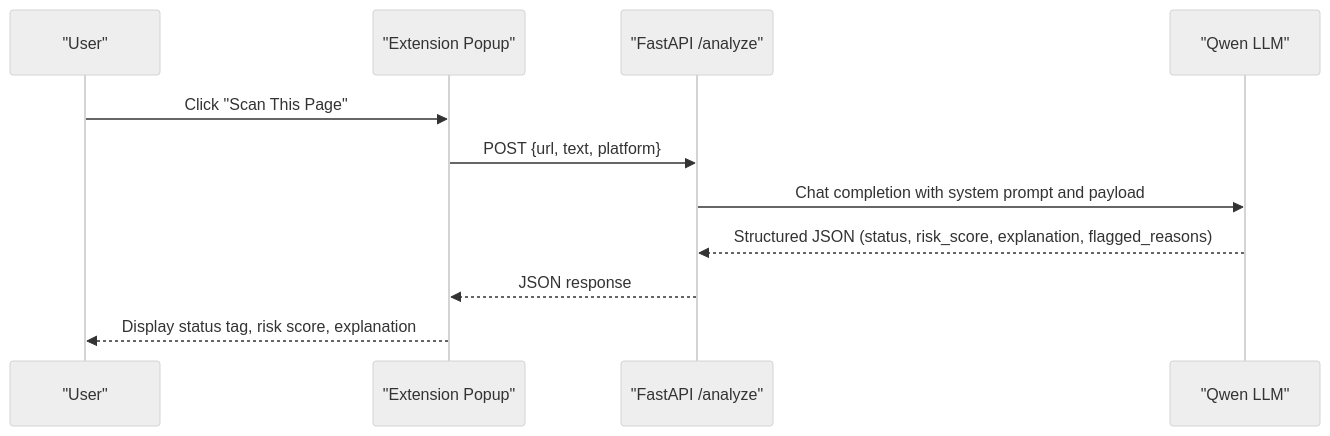
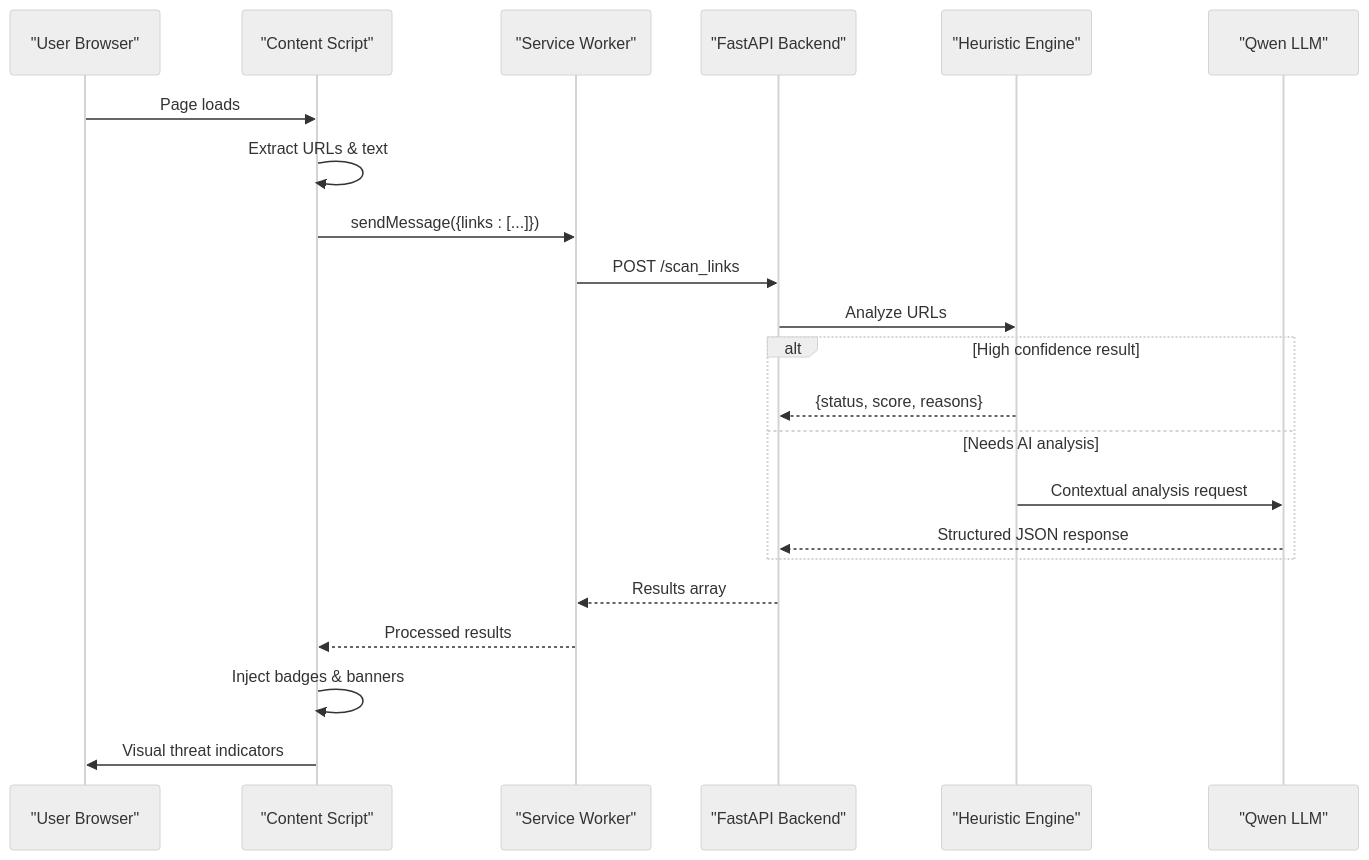
Before and after one commit to Aymanaahh/scrollguard-ai: the second of 3 diagrams in .qoder/repowiki/en/content/Project Overview.md, drawn with Mermaid (neutral theme). The commit also changed other lines of this file and 33 other files, not shown here.

````diff
--- a/.qoder/repowiki/en/content/Project Overview.md
+++ b/.qoder/repowiki/en/content/Project Overview.md
@@ -105,13 +126,24 @@
 ```mermaid
 sequenceDiagram
-participant U as "User"
-participant Ext as "Extension Popup"
-participant BE as "FastAPI /analyze"
+participant U as "User Browser"
+participant CS as "Content Script"
+participant SW as "Service Worker"
+participant BE as "FastAPI Backend"
+participant HEU as "Heuristic Engine"
 participant AI as "Qwen LLM"
-U->>Ext : Click "Scan This Page"
-Ext->>BE : POST {url, text, platform}
-BE->>AI : Chat completion with system prompt and payload
-AI-->>BE : Structured JSON (status, risk_score, explanation, flagged_reasons)
-BE-->>Ext : JSON response
-Ext-->>U : Display status tag, risk score, explanation
+U->>CS : Page loads
+CS->>CS : Extract URLs & text
+CS->>SW : sendMessage({links : [...]})
+SW->>BE : POST /scan_links
+BE->>HEU : Analyze URLs
+alt High confidence result
+HEU-->>BE : {status, score, reasons}
+else Needs AI analysis
+HEU->>AI : Contextual analysis request
+AI-->>BE : Structured JSON response
+end
+BE-->>SW : Results array
+SW-->>CS : Processed results
+CS->>CS : Inject badges & banners
+CS->>U : Visual threat indicators
 ```
````
